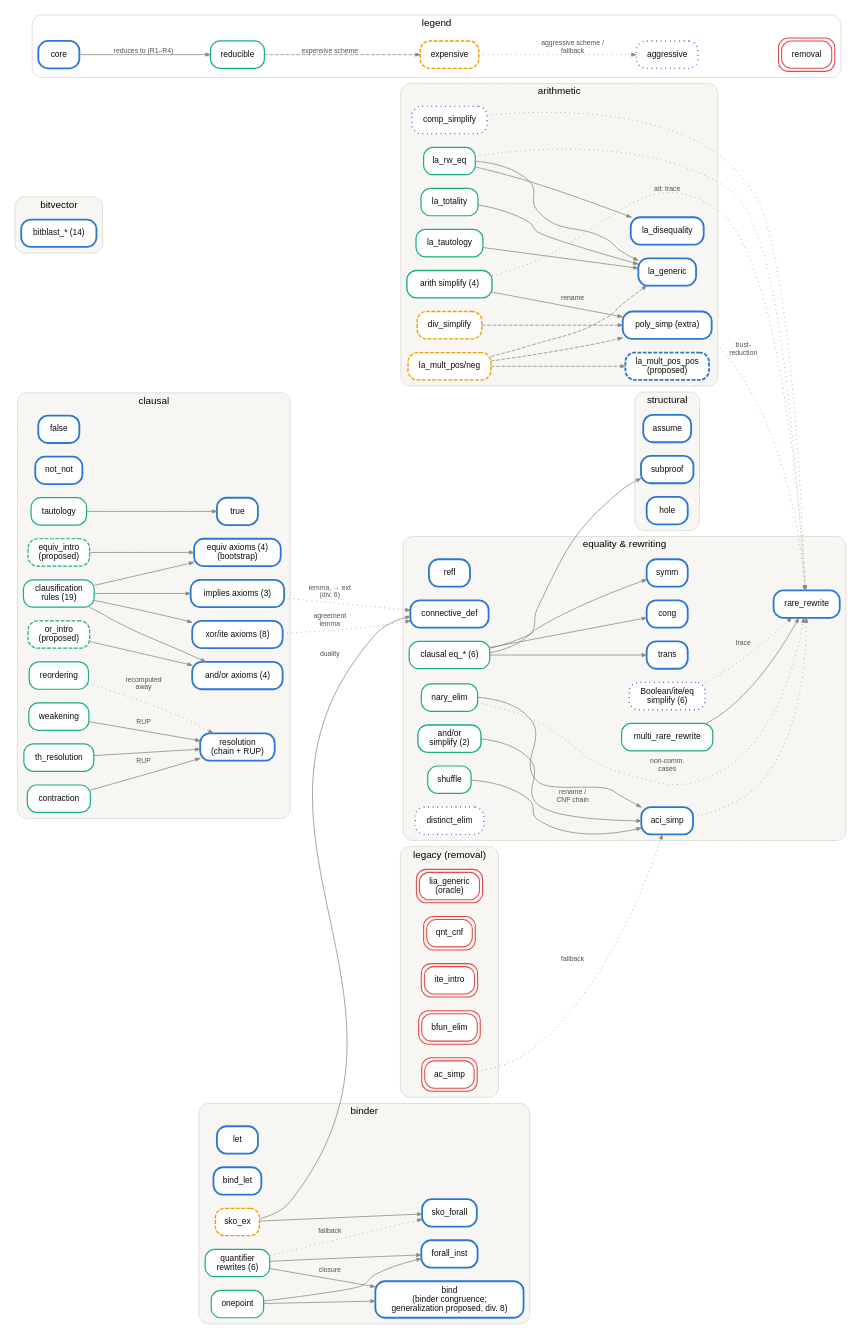
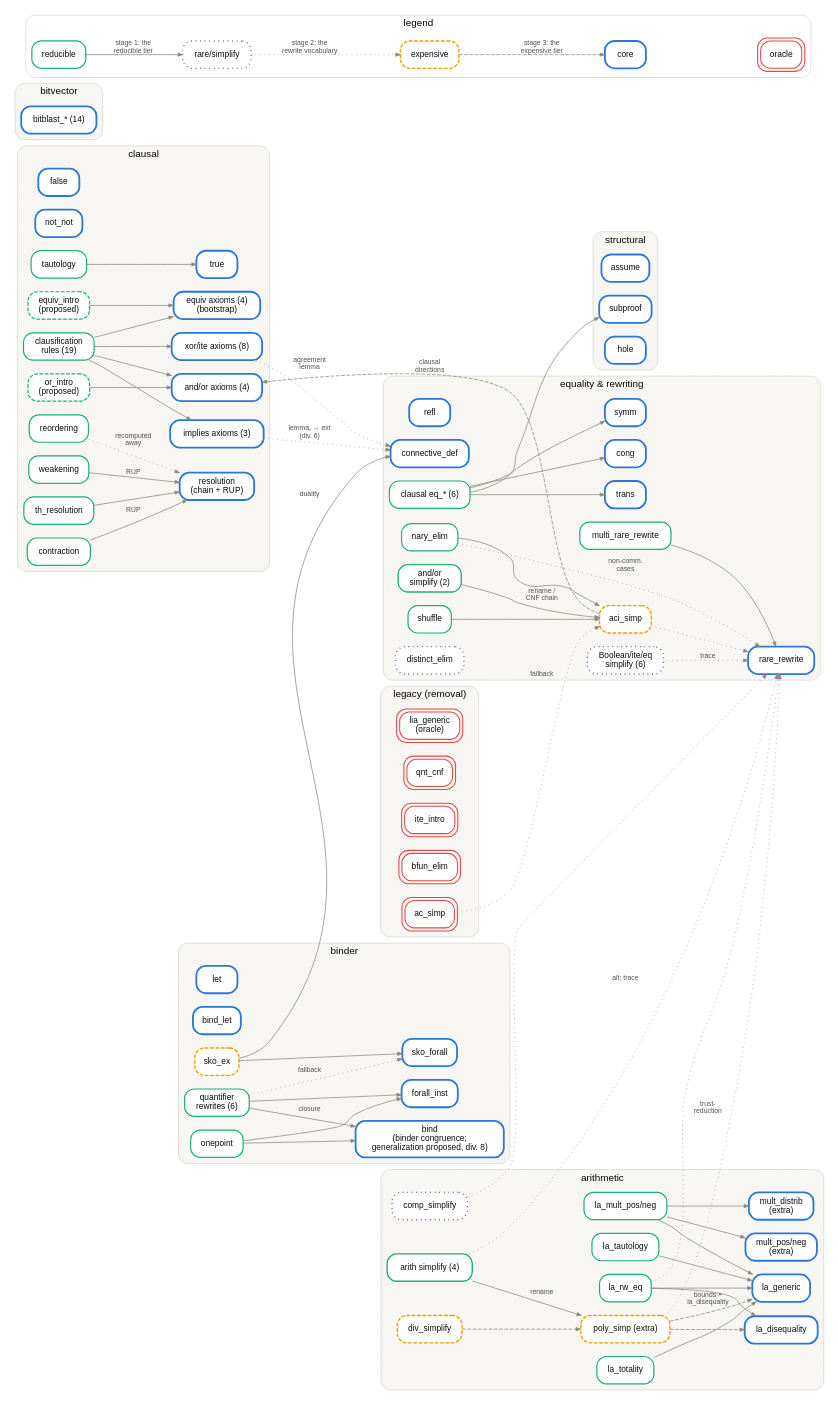
Before and after one commit to HanielB/carcara: the diagram in docs/src/core/reduction-graph.dot, drawn with Graphviz. The commit also changed 19 other files, not shown here.

```diff
--- a/docs/src/core/reduction-graph.dot
+++ b/docs/src/core/reduction-graph.dot
@@ -2,8 +2,8 @@
 // Nodes = rules (families collapsed); border color+style = ladder level;
 // edges = "reduces to" (ubiquitous glue targets — resolution/subproof/iff-intro — omitted
 // except where they are the distinctive target).
-// Levels: core #2a78d6 bold / reducible #1baf7a / expensive #eda100 dashed /
-//         aggressive #4a3aa7 dotted / removal #e34948 double. Proposed = dashed + "(proposed)".
+// Levels (the elimination stages, outermost first): reducible #1baf7a / rare-simplify #4a3aa7
+//         dotted / expensive #eda100 dashed / core #2a78d6 bold; oracle #e34948 double.
 digraph core_alethe {
   rankdir=LR;
   splines=true;
@@ -14,11 +14,11 @@
         arrowsize=0.6];
 
   // ---- level node classes (applied per node below) ----
-  // core:       color="#2a78d6", penwidth=2.4
-  // reducible:  color="#1baf7a", penwidth=1.6
-  // expensive:  color="#eda100", penwidth=1.8, style="rounded,filled,dashed"
-  // aggressive: color="#4a3aa7", penwidth=1.8, style="rounded,filled,dotted"
-  // removal:    color="#e34948", penwidth=1.4, peripheries=2
+  // core:          color="#2a78d6", penwidth=2.4
+  // reducible:     color="#1baf7a", penwidth=1.6
+  // rare/simplify: color="#4a3aa7", penwidth=1.8, style="rounded,filled,dotted"
+  // expensive:     color="#eda100", penwidth=1.8, style="rounded,filled,dashed"
+  // oracle:        color="#e34948", penwidth=1.4, peripheries=2
 
   subgraph cluster_structural {
     label="structural"; fontsize=13; style="rounded"; color="#d8d6cf"; bgcolor="#f7f6f3";
@@ -74,19 +74,19 @@
     andor_simp [URL="classification.html#equality-and-rewriting", target="_self", tooltip="Γ ▷ φ ≈ ψ\naci-compatible instances are aci_simp renames;\nshort-circuits are constant-size CNF-axiom chains", label="and/or\nsimplify (2)", color="#1baf7a", penwidth=1.8, style="rounded,filled"];
     bool_simp [URL="classification.html#equality-and-rewriting", target="_self", tooltip="Γ ▷ φ ≈ ψ\nψ a fixpoint of the rule's rewrite system\n(not/implies/equiv/bool/ite/eq_simplify)", label="Boolean/ite/eq\nsimplify (6)", color="#4a3aa7", penwidth=1.8,
                style="rounded,filled,dotted"];
-    aci_simp  [URL="classification.html#equality-and-rewriting", target="_self", tooltip="▷ t1 ≈ t2\nequivalent modulo associativity, commutativity,\nidentity elements and idempotence\n(computational primitive)", color="#2a78d6", penwidth=2.4];
+    aci_simp  [URL="classification.html#equality-and-rewriting", target="_self", tooltip="▷ t1 ≈ t2\nequivalent modulo associativity, commutativity,\nidentity elements and idempotence\nreduces to the two clausal directions of the equivalence", color="#eda100", penwidth=1.8, style="rounded,filled,dashed"];
     distinct_elim [URL="classification.html#equality-and-rewriting", target="_self", tooltip="▷ distinct(t1 … tn) ≈ pairwise disequalities\nBool, 2 args:  ≈ ¬(φ ≈ ψ);  Bool, ≥3 args:  ≈ ⊥", color="#4a3aa7", penwidth=1.8, style="rounded,filled,dotted"];
   }
 
   subgraph cluster_arith {
     label="arithmetic"; fontsize=13; style="rounded"; color="#d8d6cf"; bgcolor="#f7f6f3";
     la_generic [URL="classification.html#arithmetic", target="_self", tooltip="▷ φ1, …, φn   (linear (in)equalities)\nnegations refuted by a positive Farkas combination (:args coefficients)", color="#2a78d6", penwidth=2.4];
-    poly_simp  [URL="classification.html#arithmetic", target="_self", tooltip="(extra)  ▷ t ≈ u\nboth sides ring-normalize to the same polynomial", label="poly_simp (extra)", color="#2a78d6", penwidth=2.4];
-    la_mult_pos_pos [URL="classification.html#arithmetic", target="_self", tooltip="(proposed)  ▷ (x > 0 ∧ y > 0) → x·y > 0", label="la_mult_pos_pos\n(proposed)", color="#2a78d6", penwidth=2.4,
-                     style="rounded,filled,dashed"];
+    poly_simp  [URL="classification.html#arithmetic", target="_self", tooltip="(extra)  ▷ t ≈ u\nboth sides ring-normalize to the same polynomial\nlinear instances reduce to two Farkas bounds + la_disequality", label="poly_simp (extra)", color="#eda100", penwidth=1.8, style="rounded,filled,dashed"];
+    mult_sign [URL="classification.html#arithmetic", target="_self", tooltip="mult_pos:  ▷ ¬(x > 0), ¬(y > 0), (x·y > 0)\nmult_neg:  ▷ ¬(x < 0), ¬(y > 0), (x·y < 0)\n(adopted, implemented)", label="mult_pos/neg\n(extra)", color="#2a78d6", penwidth=2.4];
+    mult_distrib [URL="classification.html#arithmetic", target="_self", tooltip="(extra)  ▷ (x · (y − z)) ≈ (x·y − x·z)\nthe one ring law beyond la_generic's linear reasoning", label="mult_distrib\n(extra)", color="#2a78d6", penwidth=2.4];
     la_totality  [URL="classification.html#ex-la-totality", target="_self", tooltip="▷ (t1 ≤ t2 ∨ t2 ≤ t1)   (unit or-clause)", color="#1baf7a", penwidth=1.6];
     la_tautology [URL="classification.html#ex-la-totality", target="_self", tooltip="▷ φ, a trivial LA tautology\nor the unit or-clause of a bound pair  [1.0, 1.0]", color="#1baf7a", penwidth=1.6];
-    la_mult    [URL="classification.html#ex-la-mult-pos", target="_self", tooltip="la_mult_pos:  ▷ (t1 > 0 ∧ t2 ⋈ t3) → t1·t2 ⋈ t1·t3\nla_mult_neg:  ▷ (t1 < 0 ∧ t2 ⋈ t3) → t1·t2 ⋈⁻¹ t1·t3", label="la_mult_pos/neg", color="#eda100", penwidth=1.8, style="rounded,filled,dashed"];
+    la_mult    [URL="classification.html#ex-la-mult-pos", target="_self", tooltip="la_mult_pos:  ▷ (t1 > 0 ∧ t2 ⋈ t3) → t1·t2 ⋈ t1·t3\nla_mult_neg:  ▷ (t1 < 0 ∧ t2 ⋈ t3) → t1·t2 ⋈⁻¹ t1·t3", label="la_mult_pos/neg", color="#1baf7a", penwidth=1.6];
     la_disequality [URL="classification.html#arithmetic", target="_self", tooltip="▷ (t1 ≈ t2) ∨ ¬(t1 ≤ t2) ∨ ¬(t2 ≤ t1)\nthe [antisym] order-antisymmetry axiom", color="#2a78d6", penwidth=2.4];
     la_rw_eq   [URL="classification.html#ex-la-rw-eq", target="_self", tooltip="▷ (t ≈ u) ≈ (t ≤ u ∧ u ≤ t)", color="#1baf7a", penwidth=1.6];
     arith_simp [URL="classification.html#arithmetic", target="_self", tooltip="Γ ▷ t ≈ u\nconstant folding and collection for +, *, unary/binary −", label="arith simplify (4)", color="#1baf7a", penwidth=1.8, style="rounded,filled"];
@@ -132,12 +132,14 @@
   shuffle -> aci_simp;
   nary_elim -> aci_simp;
   nary_elim -> rare_rewrite [style=dotted, label="non-comm.\ncases"];
-  la_mult -> la_mult_pos_pos [style=dashed];
-  la_mult -> poly_simp [style=dashed]; la_mult -> la_generic [style=dashed];
+  la_mult -> mult_sign; la_mult -> mult_distrib; la_mult -> la_generic;
   la_rw_eq -> la_disequality;
   la_rw_eq -> la_generic;
   la_rw_eq -> rare_rewrite [style=dotted];
   arith_simp -> poly_simp [label="rename"];
+  poly_simp -> la_generic [style=dashed, label="bounds +\nla_disequality"];
+  poly_simp -> la_disequality [style=dashed];
+  aci_simp -> andor_ax [style=dashed, label="clausal\ndirections"];
   arith_simp -> rare_rewrite [style=dotted, label="alt: trace"];
   div_simplify -> poly_simp [style=dashed];
 
@@ -152,14 +154,14 @@
   // ---- legend ----
   subgraph cluster_legend {
     label="legend"; fontsize=13; style="rounded"; color="#d8d6cf"; bgcolor="#ffffff";
+    l_red  [label="reducible", color="#1baf7a", penwidth=1.6];
+    l_agg  [label="rare/simplify", color="#4a3aa7", penwidth=1.8, style="rounded,filled,dotted"];
+    l_exp  [label="expensive", color="#eda100", penwidth=1.8, style="rounded,filled,dashed"];
     l_core [label="core", color="#2a78d6", penwidth=2.4];
-    l_red  [label="reducible", color="#1baf7a", penwidth=1.6];
-    l_exp  [label="expensive", color="#eda100", penwidth=1.8, style="rounded,filled,dashed"];
-    l_agg  [label="aggressive", color="#4a3aa7", penwidth=1.8, style="rounded,filled,dotted"];
-    l_rem  [label="removal", color="#e34948", penwidth=1.4, peripheries=2];
-    l_core -> l_red  [label="reduces to (R1–R4)"];
-    l_red  -> l_exp  [style=dashed, label="expensive scheme"];
-    l_exp  -> l_agg  [style=dotted, label="aggressive scheme /\nfallback"];
-    l_agg -> l_rem [style=invis];
+    l_rem  [label="oracle", color="#e34948", penwidth=1.4, peripheries=2];
+    l_red  -> l_agg [label="stage 1: the\nreducible tier"];
+    l_agg  -> l_exp [style=dotted, label="stage 2: the\nrewrite vocabulary"];
+    l_exp  -> l_core [style=dashed, label="stage 3: the\nexpensive tier"];
+    l_core -> l_rem [style=invis];
   }
 }
```
